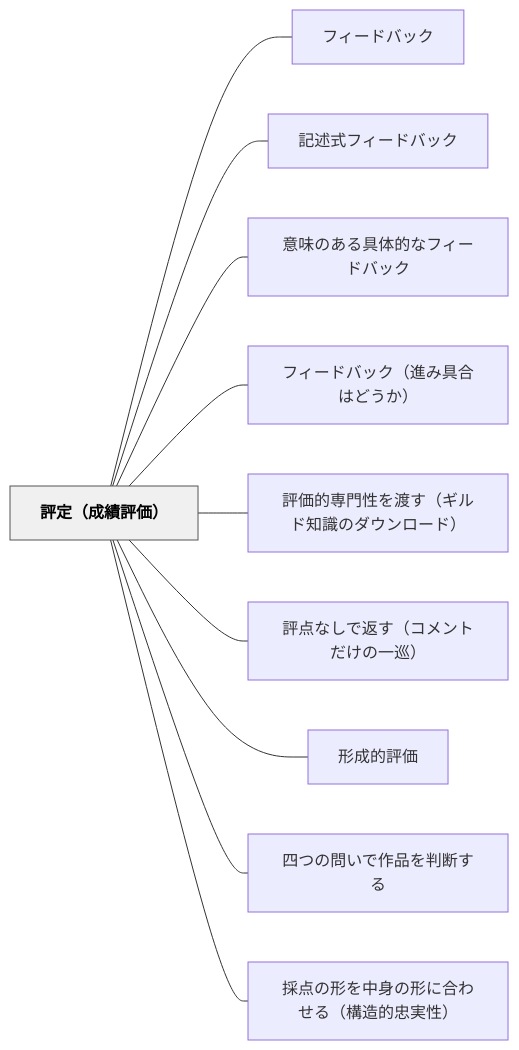
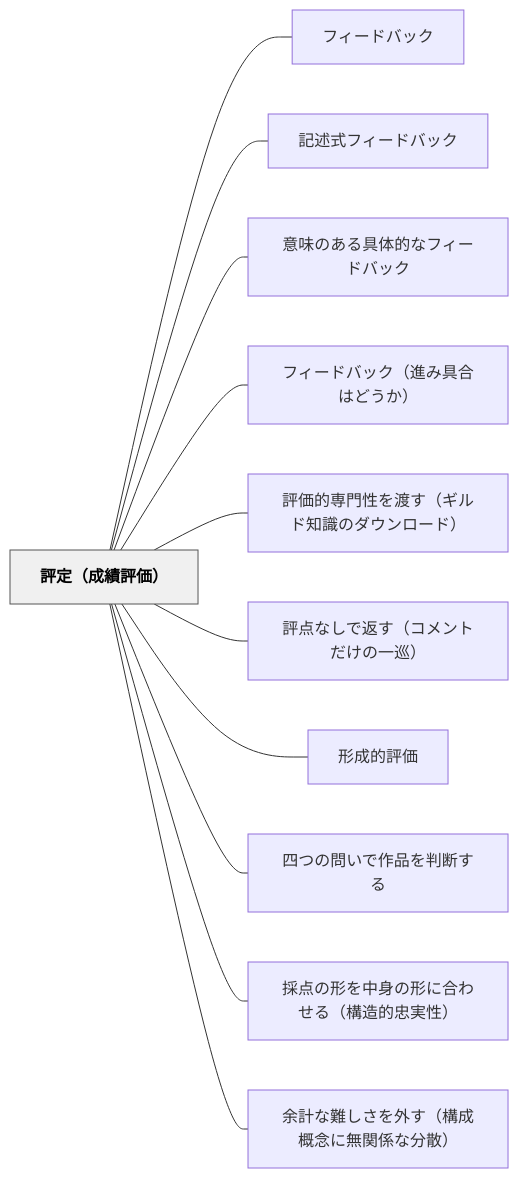
One commit to unknownthings-ed-patterns/unknownthings-ed-patterns changed the diagram in content/パタン/評定（成績評価）.md. Above: the diagram before and after it, drawn with Mermaid. The commit also changed other lines of this file and 22 other files, not shown here.

````diff
--- a/content/パタン/評定（成績評価）.md
+++ b/content/パタン/評定（成績評価）.md
@@ -114,26 +115,28 @@
 ```mermaid
 flowchart LR
     ne8a995e5ae9aefbc88e68890e7b8bee8a995e4bea1efbc89["評定（成績評価）"]
     ne38395e382a3e383bce38389e38390e38383e382af["フィードバック"]
     ne8a898e8bfb0e5bc8fe38395e382a3e383bce38389e38390e38383e382af["記述式フィードバック"]
     ne6848fe591b3e381aee38182e3828be585b7e4bd93e79a84e381aae38395e382a3e383bce38389e38390e38383e382af["意味のある具体的なフィードバック"]
     ne38395e382a3e383bce38389e38390e38383e382afefbc88e980b2e381bfe585b7e59088e381afe381a9e38186e3818befbc89["フィードバック（進み具合はどうか）"]
     ne8a995e4bea1e79a84e5b082e99680e680a7e38292e6b8a1e38199efbc88e382aee383abe38389e79fa5e8ad98e381aee38380e382a6e383b3e383ade383bce38389efbc89["評価的専門性を渡す（ギルド知識のダウンロード）"]
     ne8a995e782b9e381aae38197e381a7e8bf94e38199efbc88e382b3e383a1e383b3e38388e381a0e38191e381aee4b880e5b7a1efbc89["評点なしで返す（コメントだけの一巡）"]
     ne5bda2e68890e79a84e8a995e4bea1["形成的評価"]
     ne59b9be381a4e381aee5958fe38184e381a7e4bd9ce59381e38292e588a4e696ade38199e3828b["四つの問いで作品を判断する"]
     ne68ea1e782b9e381aee5bda2e38292e4b8ade8baabe381aee5bda2e381abe59088e3828fe3819be3828befbc88e6a78be980a0e79a84e5bfa0e5ae9fe680a7efbc89["採点の形を中身の形に合わせる（構造的忠実性）"]
+    ne4bd99e8a888e381aae99ba3e38197e38195e38292e5a496e38199efbc88e6a78be68890e6a682e5bfb5e381abe784a1e996a2e4bf82e381aae58886e695a3efbc89["余計な難しさを外す（構成概念に無関係な分散）"]
 
     ne8a995e5ae9aefbc88e68890e7b8bee8a995e4bea1efbc89 --- ne38395e382a3e383bce38389e38390e38383e382af
     ne8a995e5ae9aefbc88e68890e7b8bee8a995e4bea1efbc89 --- ne8a898e8bfb0e5bc8fe38395e382a3e383bce38389e38390e38383e382af
     ne8a995e5ae9aefbc88e68890e7b8bee8a995e4bea1efbc89 --- ne6848fe591b3e381aee38182e3828be585b7e4bd93e79a84e381aae38395e382a3e383bce38389e38390e38383e382af
     ne8a995e5ae9aefbc88e68890e7b8bee8a995e4bea1efbc89 --- ne38395e382a3e383bce38389e38390e38383e382afefbc88e980b2e381bfe585b7e59088e381afe381a9e38186e3818befbc89
     ne8a995e5ae9aefbc88e68890e7b8bee8a995e4bea1efbc89 --- ne8a995e4bea1e79a84e5b082e99680e680a7e38292e6b8a1e38199efbc88e382aee383abe38389e79fa5e8ad98e381aee38380e382a6e383b3e383ade383bce38389efbc89
     ne8a995e5ae9aefbc88e68890e7b8bee8a995e4bea1efbc89 --- ne8a995e782b9e381aae38197e381a7e8bf94e38199efbc88e382b3e383a1e383b3e38388e381a0e38191e381aee4b880e5b7a1efbc89
     ne8a995e5ae9aefbc88e68890e7b8bee8a995e4bea1efbc89 --- ne5bda2e68890e79a84e8a995e4bea1
     ne8a995e5ae9aefbc88e68890e7b8bee8a995e4bea1efbc89 --- ne59b9be381a4e381aee5958fe38184e381a7e4bd9ce59381e38292e588a4e696ade38199e3828b
     ne8a995e5ae9aefbc88e68890e7b8bee8a995e4bea1efbc89 --- ne68ea1e782b9e381aee5bda2e38292e4b8ade8baabe381aee5bda2e381abe59088e3828fe3819be3828befbc88e6a78be980a0e79a84e5bfa0e5ae9fe680a7efbc89
+    ne8a995e5ae9aefbc88e68890e7b8bee8a995e4bea1efbc89 --- ne4bd99e8a888e381aae99ba3e38197e38195e38292e5a496e38199efbc88e6a78be68890e6a682e5bfb5e381abe784a1e996a2e4bf82e381aae58886e695a3efbc89
 
     classDef hub fill:#f0f0f0,stroke:#555,color:#000,font-weight:bold
     class ne8a995e5ae9aefbc88e68890e7b8bee8a995e4bea1efbc89 hub
 ```
````
